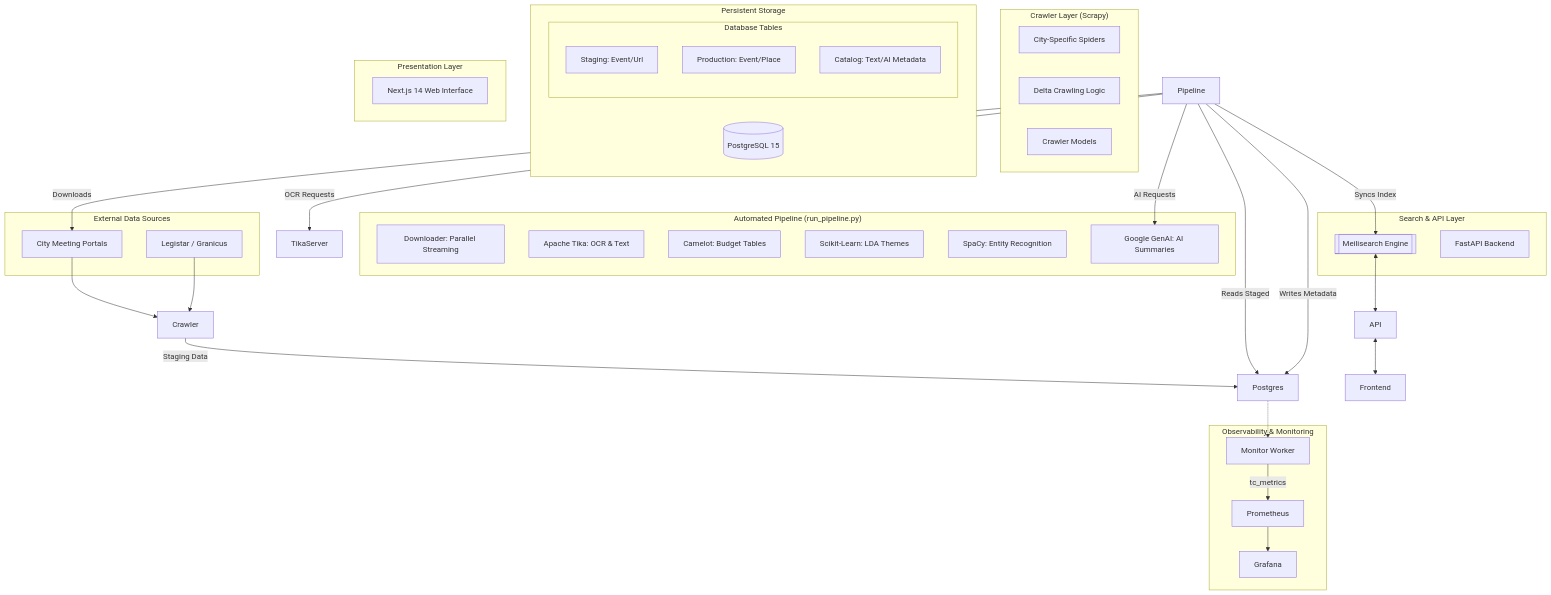
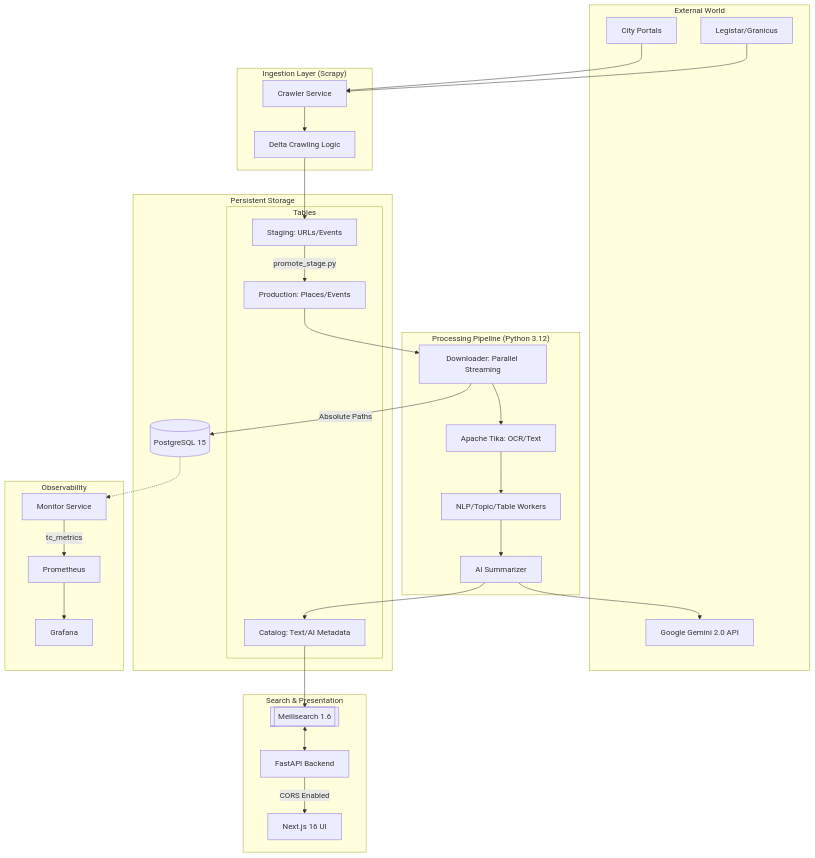
Before and after one commit to manumissio/town-council: the diagram in ARCHITECTURE.md, drawn with Mermaid. The commit also changed other lines of this file and 1 other file, not shown here.

Commit message:
Docs: Complete Audit and Revision of Architecture and Readme
- Synchronized Next.js versioning (v16) across all documentation.
- Streamlined ARCHITECTURE.md Mermaid diagram into a single, comprehensive data flow.
- Added 'Security Model' and 'Design Principles' sections to Architecture docs.
- Added 'Troubleshooting' and 'Access Links' table to README for improved developer UX.
- Verified that all paths and commands in documentation match the current 2026 system state.

````diff
--- a/ARCHITECTURE.md
+++ b/ARCHITECTURE.md
@@ -7,65 +7,66 @@
 ```mermaid
 graph TD
-    subgraph "External Data Sources"
-        Web[City Meeting Portals]
-        Legi[Legistar / Granicus]
+    subgraph "External World"
+        Web[City Portals]
+        Legi[Legistar/Granicus]
+        Gemini[Google Gemini 2.0 API]
     end
 
-    subgraph "Crawler Layer (Scrapy)"
-        Spiders[City-Specific Spiders]
+    subgraph "Ingestion Layer (Scrapy)"
+        Crawler[Crawler Service]
         Delta[Delta Crawling Logic]
-        CModels[Crawler Models]
     end
 
     subgraph "Persistent Storage"
-        DB[(PostgreSQL 15)]
-        subgraph "Database Tables"
-            Stage[Staging: Event/Url]
-            Prod[Production: Event/Place]
+        Postgres[(PostgreSQL 15)]
+        subgraph "Tables"
+            Stage[Staging: URLs/Events]
+            Prod[Production: Places/Events]
             Cat[Catalog: Text/AI Metadata]
         end
     end
 
-    subgraph "Automated Pipeline (run_pipeline.py)"
-        Down[Downloader: Parallel Streaming]
-        Tika[Apache Tika: OCR & Text]
-        Tables[Camelot: Budget Tables]
-        Topics[Scikit-Learn: LDA Themes]
-        NLP[SpaCy: Entity Recognition]
-        Gemini[Google GenAI: AI Summaries]
+    subgraph "Processing Pipeline (Python 3.12)"
+        Downloader[Downloader: Parallel Streaming]
+        Tika[Apache Tika: OCR/Text]
+        Workers[NLP/Topic/Table Workers]
+        Summarizer[AI Summarizer]
     end
 
-    subgraph "Search & API Layer"
-        Meili[[Meilisearch Engine]]
+    subgraph "Search & Presentation"
+        Meili[[Meilisearch 1.6]]
         FastAPI[FastAPI Backend]
+        NextJS[Next.js 16 UI]
     end
 
-    subgraph "Presentation Layer"
-        UI[Next.js 14 Web Interface]
+    subgraph "Observability"
+        Mon[Monitor Service]
+        Prom[Prometheus]
+        Graf[Grafana]
     end
 
-    subgraph "Observability & Monitoring"
-        Prom[Prometheus]
-        Graf[Grafana]
-        Mon[Monitor Worker]
-    end
+    %% Flow: Ingestion
+    Web & Legi --> Crawler
+    Crawler --> Delta
+    Delta --> Stage
+    Stage -- "promote_stage.py" --> Prod
 
-    %% Connections
-    Web & Legi --> Crawler
-    Crawler -- "Staging Data" --> Postgres
-    
-    Pipeline -- "Reads Staged" --> Postgres
-    Pipeline -- "Downloads" --> Web
-    Pipeline -- "OCR Requests" --> TikaServer
-    Pipeline -- "AI Requests" --> Gemini
-    Pipeline -- "Writes Metadata" --> Postgres
-    Pipeline -- "Syncs Index" --> Meili
-    
-    Meili <--> API
-    API <--> Frontend
+    %% Flow: Processing
+    Prod --> Downloader
+    Downloader -- "Absolute Paths" --> Postgres
+    Downloader --> Tika
+    Tika --> Workers
+    Workers --> Summarizer
+    Summarizer --> Gemini
+    Summarizer --> Cat
 
-    %% Monitoring flow
+    %% Flow: Indexing & Access
+    Cat --> Meili
+    Meili <--> FastAPI
+    FastAPI -- "CORS Enabled" --> NextJS
+
+    %% Flow: Metrics
     Postgres -.-> Mon
     Mon -- "tc_metrics" --> Prom
     Prom --> Graf
 ```
````
